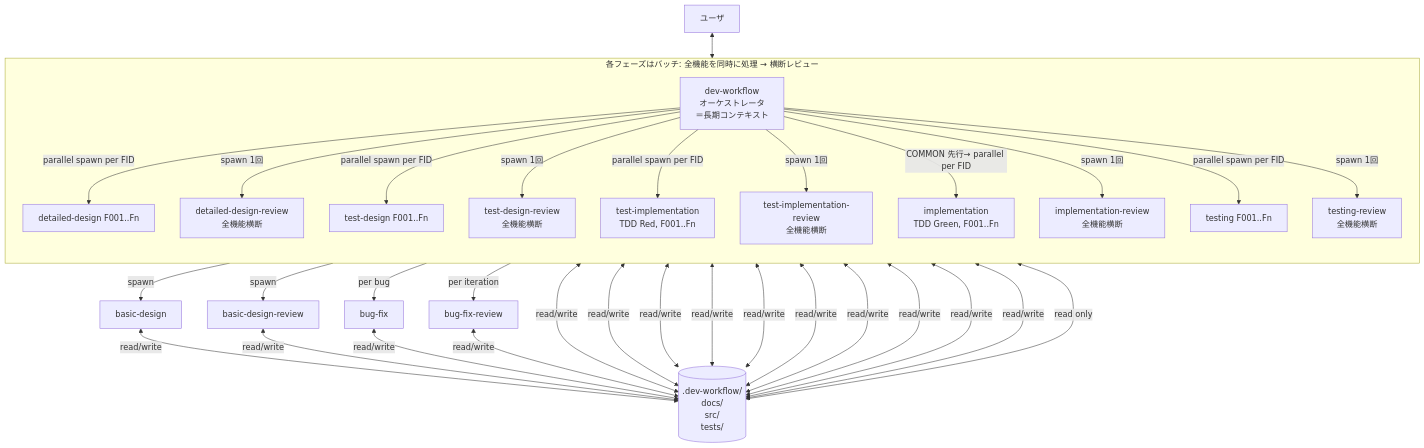
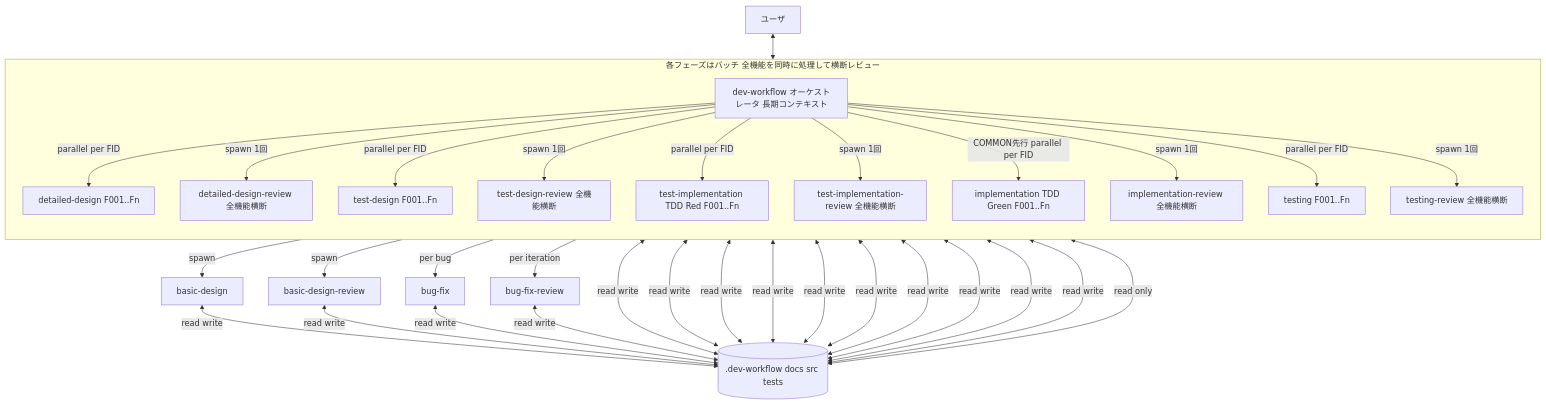
Before and after one commit to yamasuki-/software_dev_workflow: the first of 3 diagrams in skills/dev-workflow/SKILL.md, drawn with Mermaid. The commit also changed other lines of this file and 9 other files, not shown here.

````diff
--- a/skills/dev-workflow/SKILL.md
+++ b/skills/dev-workflow/SKILL.md
@@ -21,25 +21,25 @@
 ```mermaid
 flowchart TD
-    User[ユーザ] <--> Orch[dev-workflow<br/>オーケストレータ<br/>＝長期コンテキスト]
+    User[ユーザ] <--> Orch[dev-workflow オーケストレータ 長期コンテキスト]
     Orch -->|spawn| BD[basic-design]
     Orch -->|spawn| BDR[basic-design-review]
 
-    subgraph Batch [各フェーズはバッチ: 全機能を同時に処理 → 横断レビュー]
+    subgraph Batch [各フェーズはバッチ 全機能を同時に処理して横断レビュー]
       direction TB
-      Orch -->|parallel spawn per FID| DD[detailed-design F001..Fn]
-      Orch -->|spawn 1回| DDR[detailed-design-review<br/>全機能横断]
-      Orch -->|parallel spawn per FID| TD[test-design F001..Fn]
-      Orch -->|spawn 1回| TDR[test-design-review<br/>全機能横断]
-      Orch -->|parallel spawn per FID| TI[test-implementation<br/>TDD Red, F001..Fn]
-      Orch -->|spawn 1回| TIR[test-implementation-review<br/>全機能横断]
-      Orch -->|COMMON 先行→ parallel per FID| Impl[implementation<br/>TDD Green, F001..Fn]
-      Orch -->|spawn 1回| IR[implementation-review<br/>全機能横断]
-      Orch -->|parallel spawn per FID| Test[testing F001..Fn]
-      Orch -->|spawn 1回| TR[testing-review<br/>全機能横断]
+      Orch -->|parallel per FID| DD[detailed-design F001..Fn]
+      Orch -->|spawn 1回| DDR[detailed-design-review 全機能横断]
+      Orch -->|parallel per FID| TD[test-design F001..Fn]
+      Orch -->|spawn 1回| TDR[test-design-review 全機能横断]
+      Orch -->|parallel per FID| TI[test-implementation TDD Red F001..Fn]
+      Orch -->|spawn 1回| TIR[test-implementation-review 全機能横断]
+      Orch -->|COMMON先行 parallel per FID| Impl[implementation TDD Green F001..Fn]
+      Orch -->|spawn 1回| IR[implementation-review 全機能横断]
+      Orch -->|parallel per FID| Test[testing F001..Fn]
+      Orch -->|spawn 1回| TR[testing-review 全機能横断]
     end
 
     Orch -->|per bug| Bug[bug-fix]
     Orch -->|per iteration| BFR[bug-fix-review]
-    BD & BDR & DD & DDR & TD & TDR & TI & TIR & Impl & IR & Test & TR & Bug & BFR <-->|read/write| State[(.dev-workflow/<br/>docs/<br/>src/<br/>tests/)]
+    BD & BDR & DD & DDR & TD & TDR & TI & TIR & Impl & IR & Test & TR & Bug & BFR <-->|read write| State[(.dev-workflow docs src tests)]
     Orch <-->|read only| State
 ```
````
